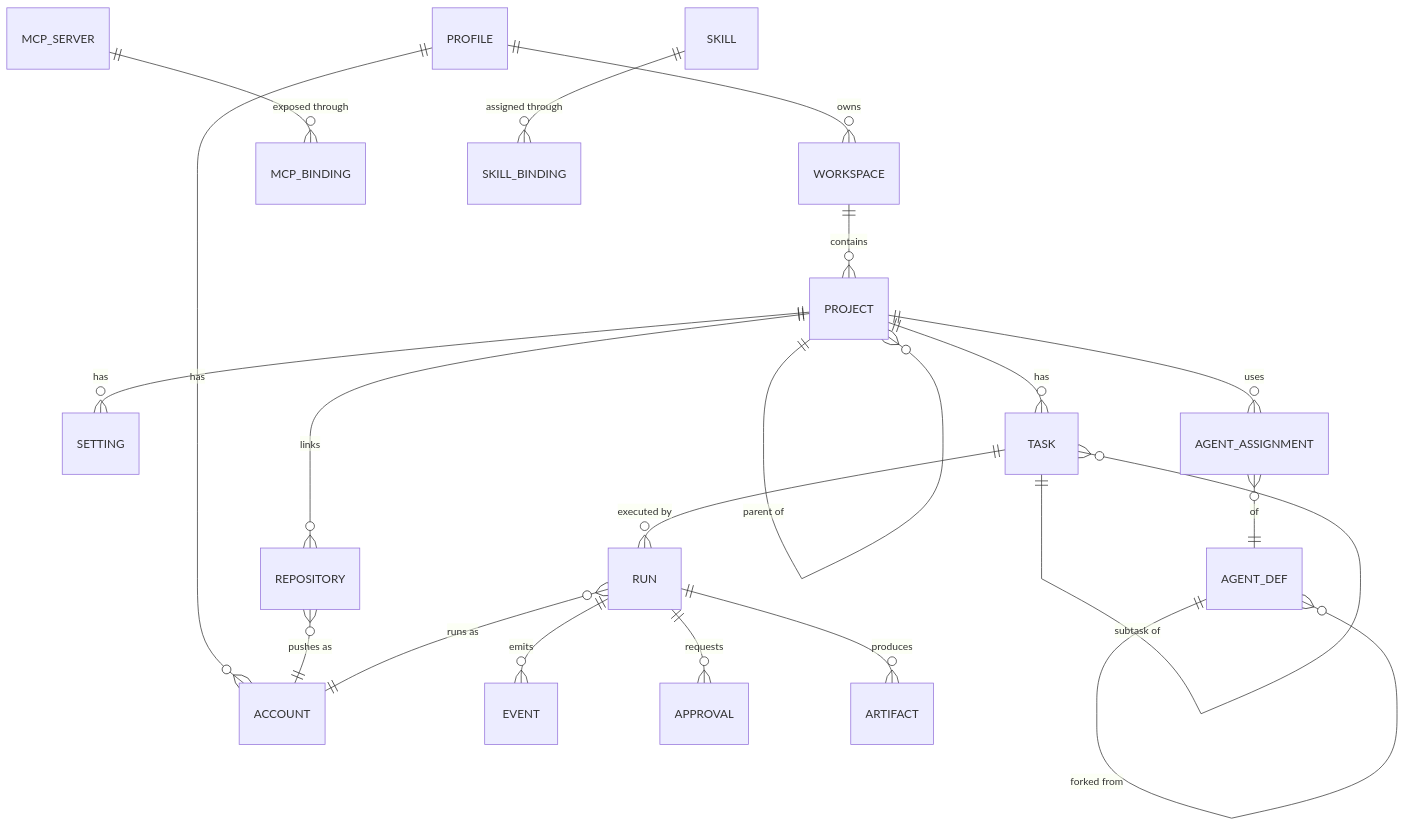
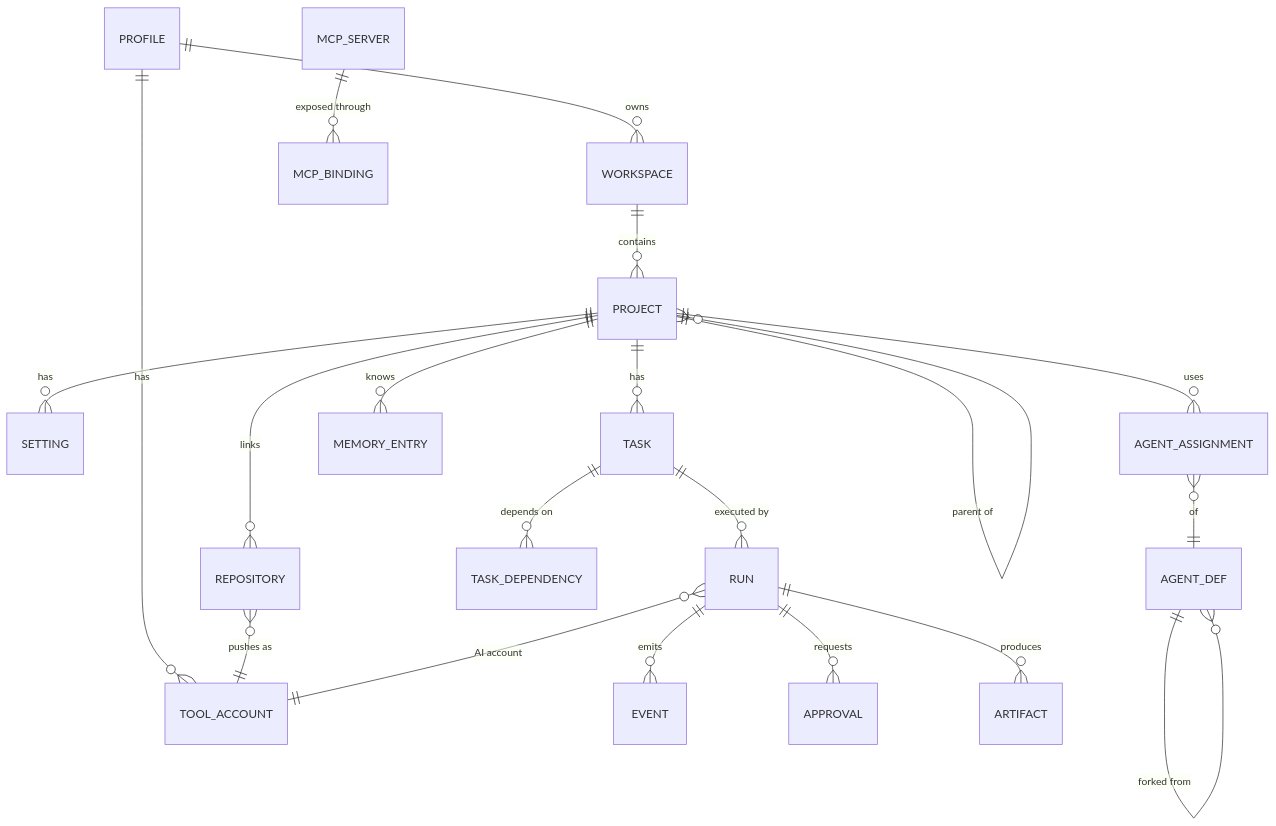
One commit to jakubkodajek/Vision changed the second of 2 diagrams in docs/PLAN.md. Above: the diagram before and after it, drawn with Mermaid. The commit also changed other lines of this file and 2 other files, not shown here.

First line of the commit message:
docs: plan revision 3 with tool registry, safety layers and reordered roadmap

````diff
--- a/docs/PLAN.md
+++ b/docs/PLAN.md
@@ -261,22 +306,22 @@
 ```mermaid
 erDiagram
-    PROFILE ||--o{ ACCOUNT : has
+    PROFILE ||--o{ TOOL_ACCOUNT : has
     PROFILE ||--o{ WORKSPACE : owns
     WORKSPACE ||--o{ PROJECT : contains
     PROJECT ||--o{ PROJECT : "parent of"
     PROJECT ||--o{ SETTING : has
     PROJECT ||--o{ REPOSITORY : links
-    REPOSITORY }o--|| ACCOUNT : "pushes as"
+    REPOSITORY }o--|| TOOL_ACCOUNT : "pushes as"
     AGENT_DEF ||--o{ AGENT_DEF : "forked from"
     PROJECT ||--o{ AGENT_ASSIGNMENT : uses
     AGENT_ASSIGNMENT }o--|| AGENT_DEF : of
     MCP_SERVER ||--o{ MCP_BINDING : "exposed through"
-    SKILL ||--o{ SKILL_BINDING : "assigned through"
     PROJECT ||--o{ TASK : has
-    TASK ||--o{ TASK : "subtask of"
+    TASK ||--o{ TASK_DEPENDENCY : "depends on"
     TASK ||--o{ RUN : "executed by"
-    RUN }o--|| ACCOUNT : "runs as"
+    RUN }o--|| TOOL_ACCOUNT : "AI account"
     RUN ||--o{ EVENT : emits
     RUN ||--o{ APPROVAL : requests
     RUN ||--o{ ARTIFACT : produces
+    PROJECT ||--o{ MEMORY_ENTRY : knows
 ```
````
